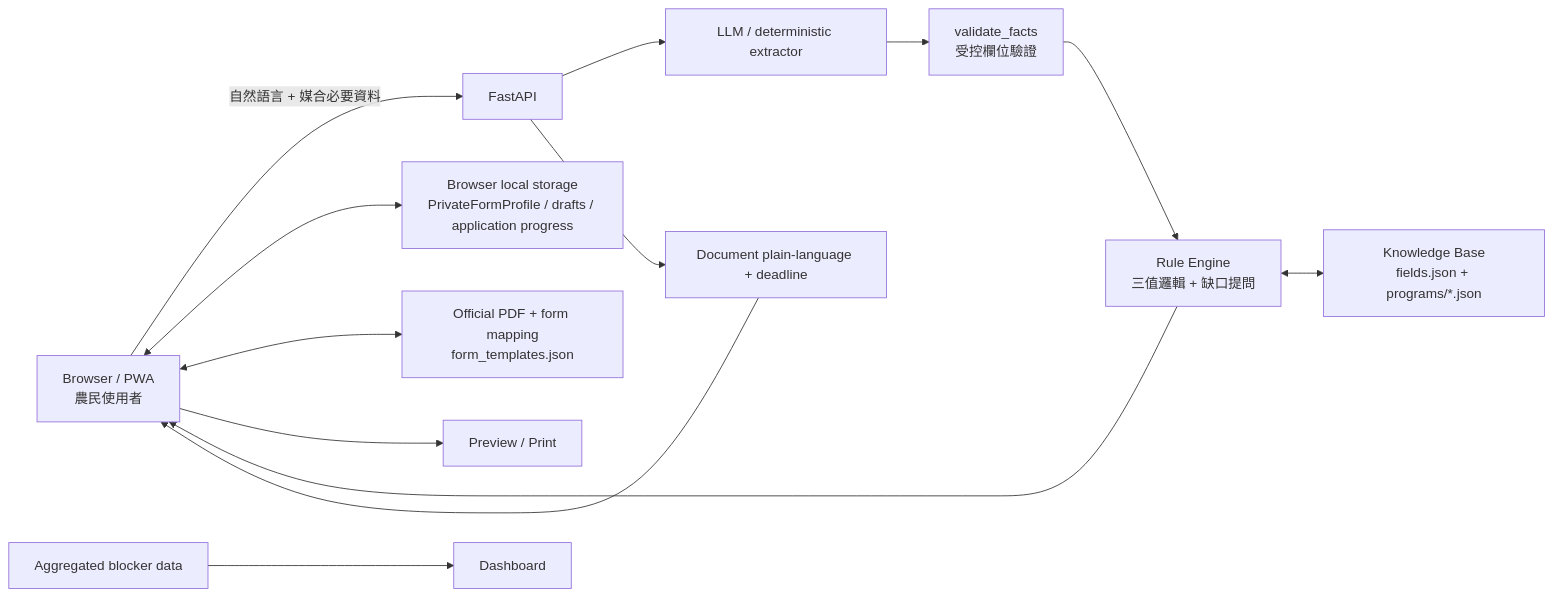
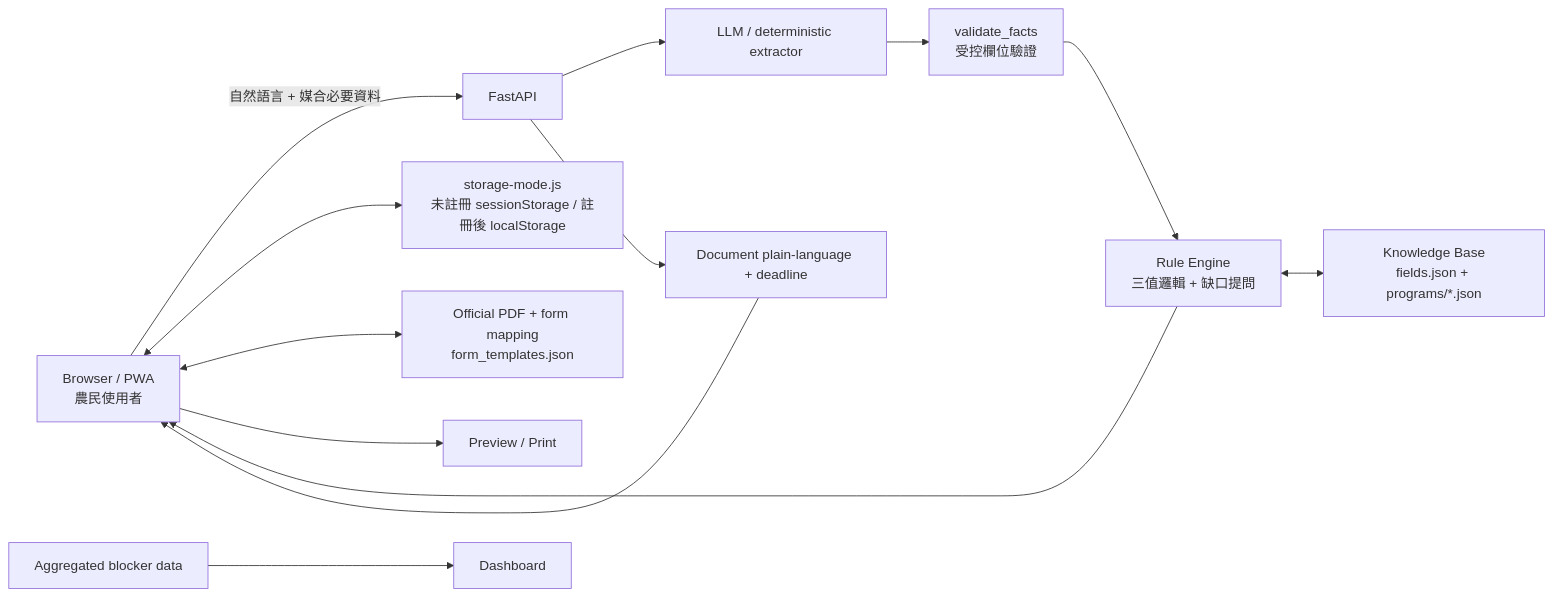
Before and after one commit to ft999-pixel/farmer: the diagram in README.md, drawn with Mermaid. The commit also changed other lines of this file, not shown here.

````diff
--- a/README.md
+++ b/README.md
@@ -76,18 +95,18 @@
 ```mermaid
 flowchart LR
     U["Browser / PWA<br/>農民使用者"] -->|"自然語言 + 媒合必要資料"| API["FastAPI"]
     API --> X["LLM / deterministic extractor"]
     X --> V["validate_facts<br/>受控欄位驗證"]
     V --> R["Rule Engine<br/>三值邏輯 + 缺口提問"]
     R <--> K["Knowledge Base<br/>fields.json + programs/*.json"]
     R --> U
 
-    U <--> L["Browser local storage<br/>PrivateFormProfile / drafts / application progress"]
+    U <--> L["storage-mode.js<br/>未註冊 sessionStorage / 註冊後 localStorage"]
     U <--> F["Official PDF + form mapping<br/>form_templates.json"]
     U --> P["Preview / Print"]
 
     API --> D["Document plain-language + deadline"]
     D --> U
 
     B["Aggregated blocker data"] --> G["Dashboard"]
 ```
````
